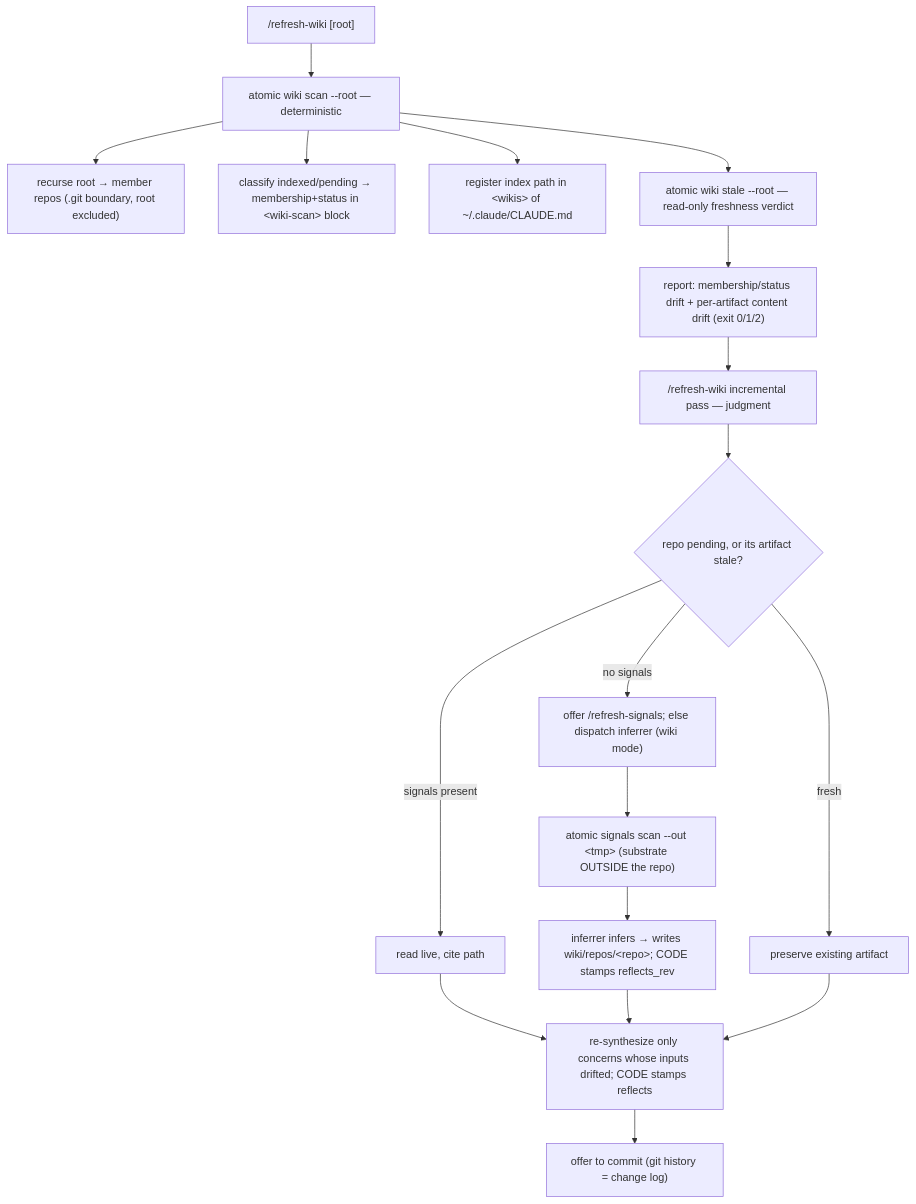
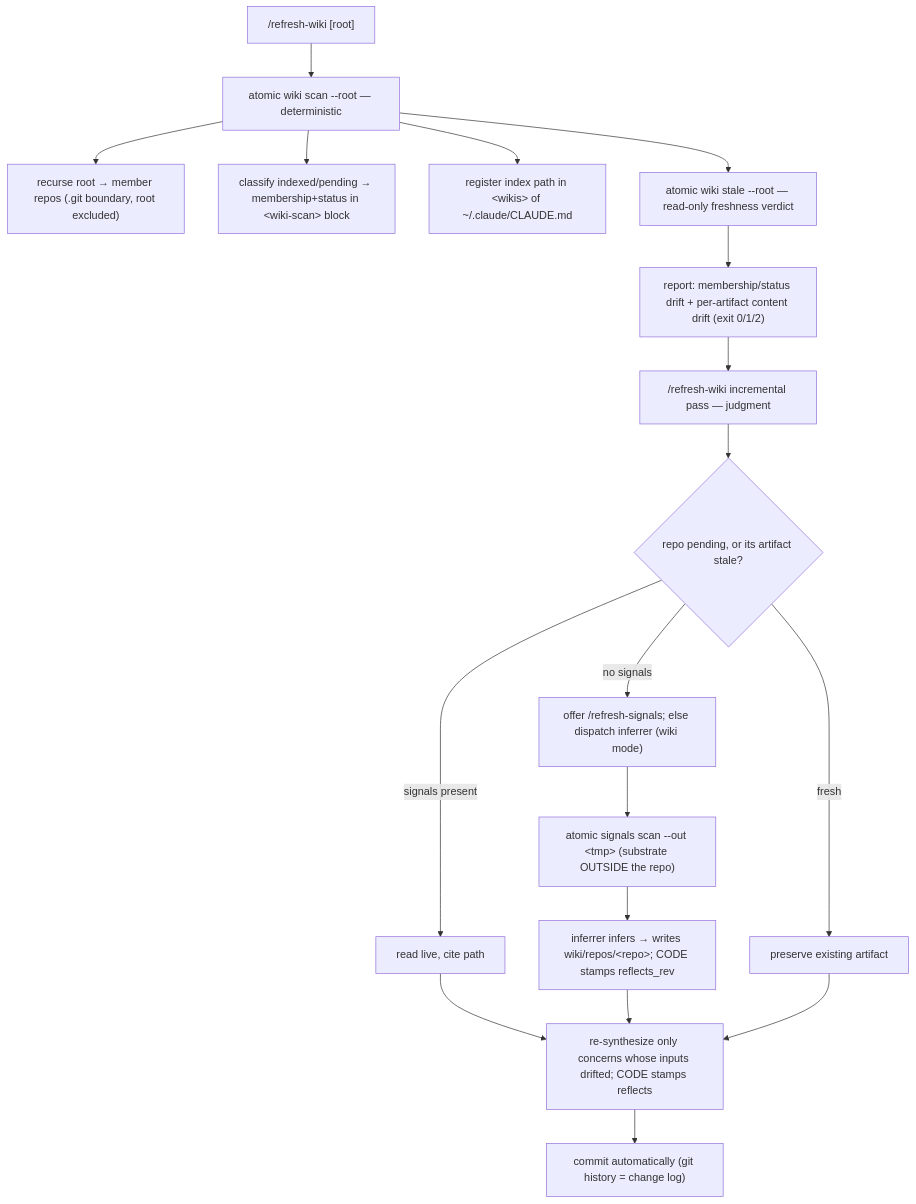
One commit to damusix/atomic-claude changed the second of 3 diagrams in docs/design/wiki.md. Above: the diagram before and after it, drawn with Mermaid. The commit also changed 7 other files, not shown here.

First line of the commit message:
fix(refresh-wiki): commit the wiki automatically, never ask

````diff
--- a/docs/design/wiki.md
+++ b/docs/design/wiki.md
@@ -67,20 +67,20 @@
 ```mermaid
 flowchart TD
     U["/refresh-wiki [root]"] --> SCAN["atomic wiki scan --root — deterministic"]
     SCAN --> S2["recurse root → member repos (.git boundary, root excluded)"]
     SCAN --> S3["classify indexed/pending → membership+status in &lt;wiki-scan&gt; block"]
     SCAN --> S4["register index path in &lt;wikis&gt; of ~/.claude/CLAUDE.md"]
     SCAN --> STALE["atomic wiki stale --root — read-only freshness verdict"]
     STALE --> RPT["report: membership/status drift + per-artifact content drift (exit 0/1/2)"]
     RPT --> LLM["/refresh-wiki incremental pass — judgment"]
     LLM --> D1{"repo pending, or its artifact stale?"}
     D1 -->|fresh| SKIP["preserve existing artifact"]
     D1 -->|signals present| R1["read live, cite path"]
     D1 -->|no signals| O1["offer /refresh-signals; else dispatch inferrer (wiki mode)"]
     O1 --> SCANOUT["atomic signals scan --out &lt;tmp&gt; (substrate OUTSIDE the repo)"]
     SCANOUT --> SUM["inferrer infers → writes wiki/repos/&lt;repo&gt;; CODE stamps reflects_rev"]
     R1 --> SYN["re-synthesize only concerns whose inputs drifted; CODE stamps reflects"]
     SUM --> SYN
     SKIP --> SYN
-    SYN --> COMMIT["offer to commit (git history = change log)"]
+    SYN --> COMMIT["commit automatically (git history = change log)"]
 ```
````
